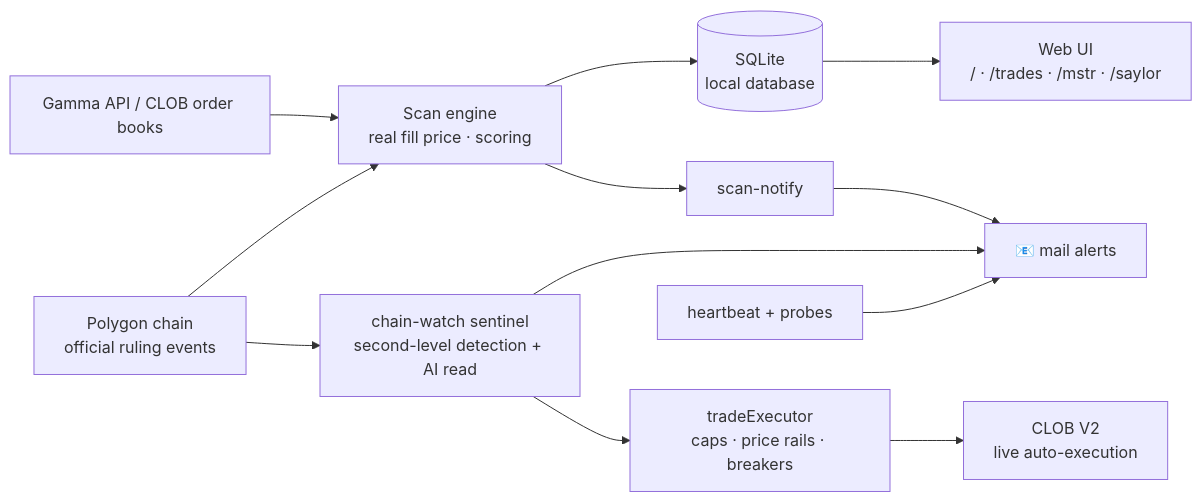
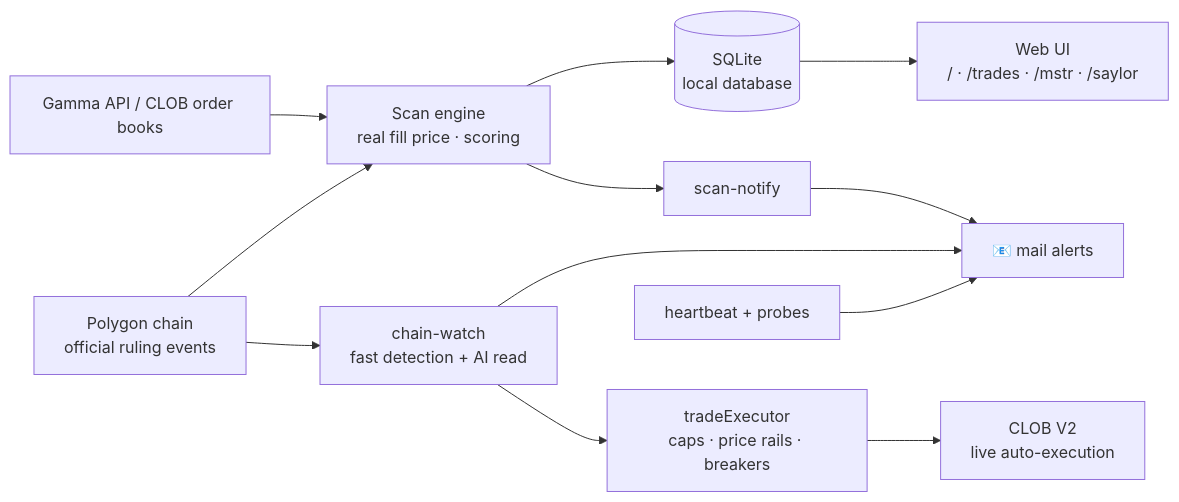
The second of 2 diagrams in README.md (yiyangshen04/prededge), drawn with Mermaid before and after one commit. The commit also changed other lines of this file, not shown here.

````diff
--- a/README.md
+++ b/README.md
@@ -235,14 +235,14 @@
 ```mermaid
 flowchart LR
     G[Gamma API / CLOB order books] --> S[Scan engine<br/>real fill price · scoring]
     P[Polygon chain<br/>official ruling events] --> S
-    P --> C[chain-watch sentinel<br/>second-level detection + AI read]
+    P --> C[chain-watch<br/>fast detection + AI read]
     S --> DB[(SQLite<br/>local database)]
     DB --> UI[Web UI<br/>/ · /trades · /mstr · /saylor]
     S --> N[scan-notify]
     N --> M[📧 mail alerts]
     C --> M
     C --> T[tradeExecutor<br/>caps · price rails · breakers]
     T --> O[CLOB V2<br/>live auto-execution]
     H[heartbeat + probes] --> M
 ```
````
